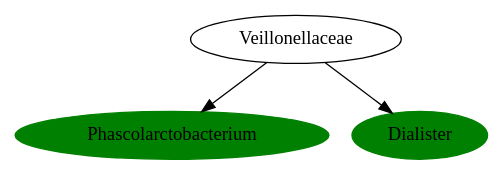
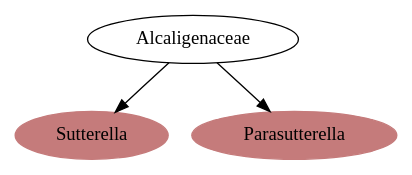
Before and after one commit to AndersHqst/thesis: the diagram in experiments/tmp/phylogenetic-tree/dotfiles/9.dot, drawn with Graphviz. The commit also changed 228 other files, not shown here.

Commit message:
Updated graph coloring scripts. Co-exclusions are now indicated by edge label font coloring, and phylographer will also show u<1 patterns in red only

```diff
--- a/experiments/tmp/phylogenetic-tree/dotfiles/9.dot
+++ b/experiments/tmp/phylogenetic-tree/dotfiles/9.dot
@@ -1,11 +1,11 @@
 digraph G { 
-	VeillonellaceaePhascolarctobacterium [label="Phascolarctobacterium", color="green", style=filled];
-	ClostridialesVeillonellaceae [label="Veillonellaceae"];
-	VeillonellaceaePhascolarctobacterium [label="Phascolarctobacterium"];
-	ClostridialesVeillonellaceae -> VeillonellaceaePhascolarctobacterium;
-	VeillonellaceaeDialister [label="Dialister", color="green", style=filled];
-	ClostridialesVeillonellaceae [label="Veillonellaceae"];
-	VeillonellaceaeDialister [label="Dialister"];
-	ClostridialesVeillonellaceae -> VeillonellaceaeDialister;
+	AlcaligenaceaeSutterella [label="Sutterella", color="#C57B7B", style=filled];
+	BurkholderialesAlcaligenaceae [label="Alcaligenaceae"];
+	AlcaligenaceaeSutterella [label="Sutterella"];
+	BurkholderialesAlcaligenaceae -> AlcaligenaceaeSutterella;
+	AlcaligenaceaeParasutterella [label="Parasutterella", color="#C57B7B", style=filled];
+	BurkholderialesAlcaligenaceae [label="Alcaligenaceae"];
+	AlcaligenaceaeParasutterella [label="Parasutterella"];
+	BurkholderialesAlcaligenaceae -> AlcaligenaceaeParasutterella;
 
  }
```
